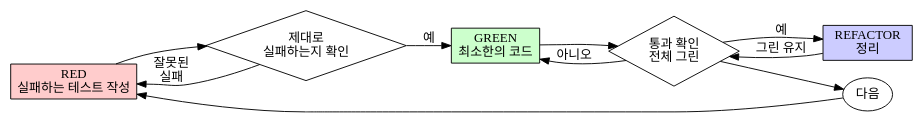
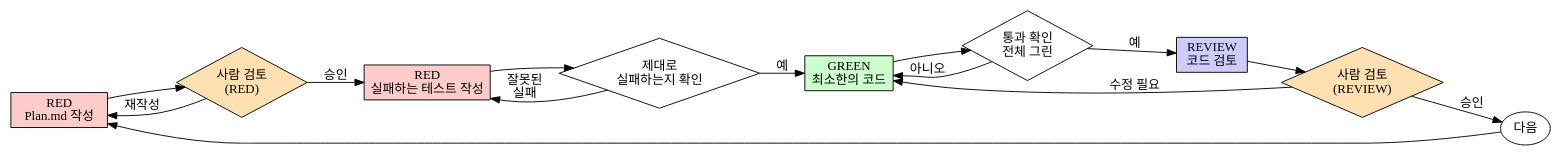
Before and after one commit to SeongkeunYu/agent_practice: the diagram in .claude/skills/test-driven-development/SKILL.md, drawn with Graphviz. The commit also changed other lines of this file and 3 other files, not shown here.

First line of the commit message:
docs: update TDD skill to RED-GREEN-REVIEW with human-in-the-loop

````diff
--- a/.claude/skills/test-driven-development/SKILL.md
+++ b/.claude/skills/test-driven-development/SKILL.md
@@ -50,21 +50,28 @@
 ```dot
 digraph tdd_cycle {
     rankdir=LR;
+    plan [label="RED\nPlan.md 작성", shape=box, style=filled, fillcolor="#ffcccc"];
+    human_red [label="사람 검토\n(RED)", shape=diamond, style=filled, fillcolor="#ffe0b2"];
     red [label="RED\n실패하는 테스트 작성", shape=box, style=filled, fillcolor="#ffcccc"];
     verify_red [label="제대로\n실패하는지 확인", shape=diamond];
     green [label="GREEN\n최소한의 코드", shape=box, style=filled, fillcolor="#ccffcc"];
     verify_green [label="통과 확인\n전체 그린", shape=diamond];
-    refactor [label="REFACTOR\n정리", shape=box, style=filled, fillcolor="#ccccff"];
+    review [label="REVIEW\n코드 검토", shape=box, style=filled, fillcolor="#ccccff"];
+    human_review [label="사람 검토\n(REVIEW)", shape=diamond, style=filled, fillcolor="#ffe0b2"];
     next [label="다음", shape=ellipse];
 
+    plan -> human_red;
+    human_red -> red [label="승인"];
+    human_red -> plan [label="재작성"];
     red -> verify_red;
     verify_red -> green [label="예"];
     verify_red -> red [label="잘못된\n실패"];
     green -> verify_green;
-    verify_green -> refactor [label="예"];
+    verify_green -> review [label="예"];
     verify_green -> green [label="아니오"];
-    refactor -> verify_green [label="그린 유지"];
-    verify_green -> next;
-    next -> red;
+    review -> human_review;
+    human_review -> next [label="승인"];
+    human_review -> green [label="수정 필요"];
+    next -> plan;
 }
 ```
````
